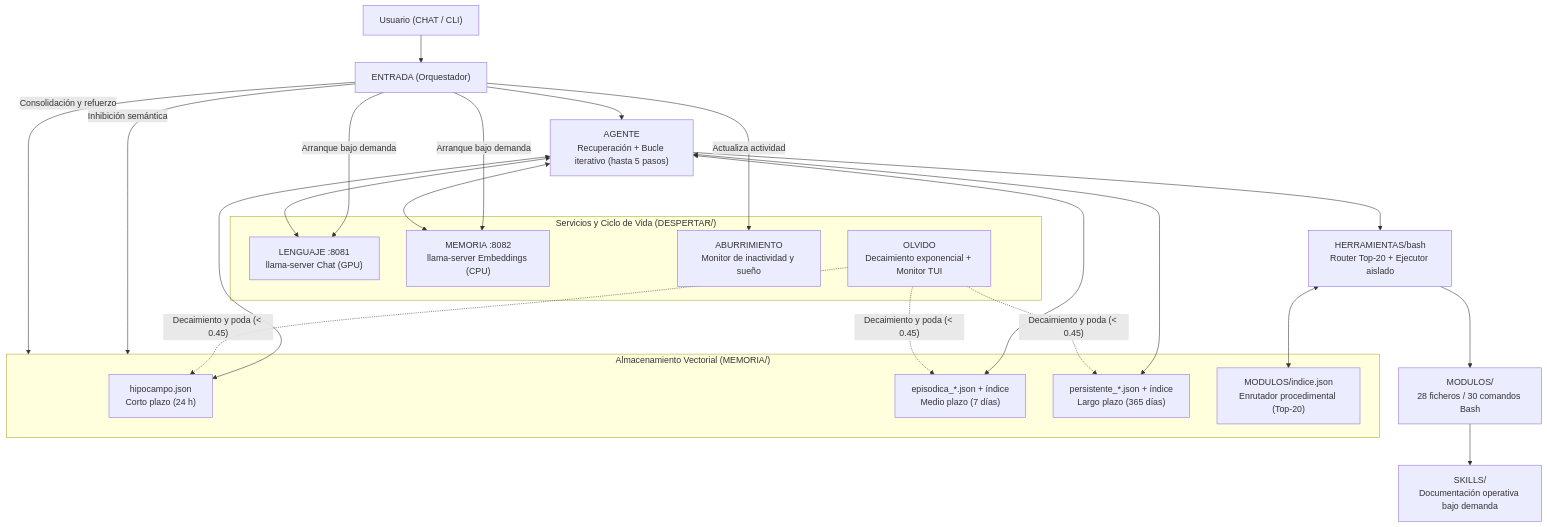
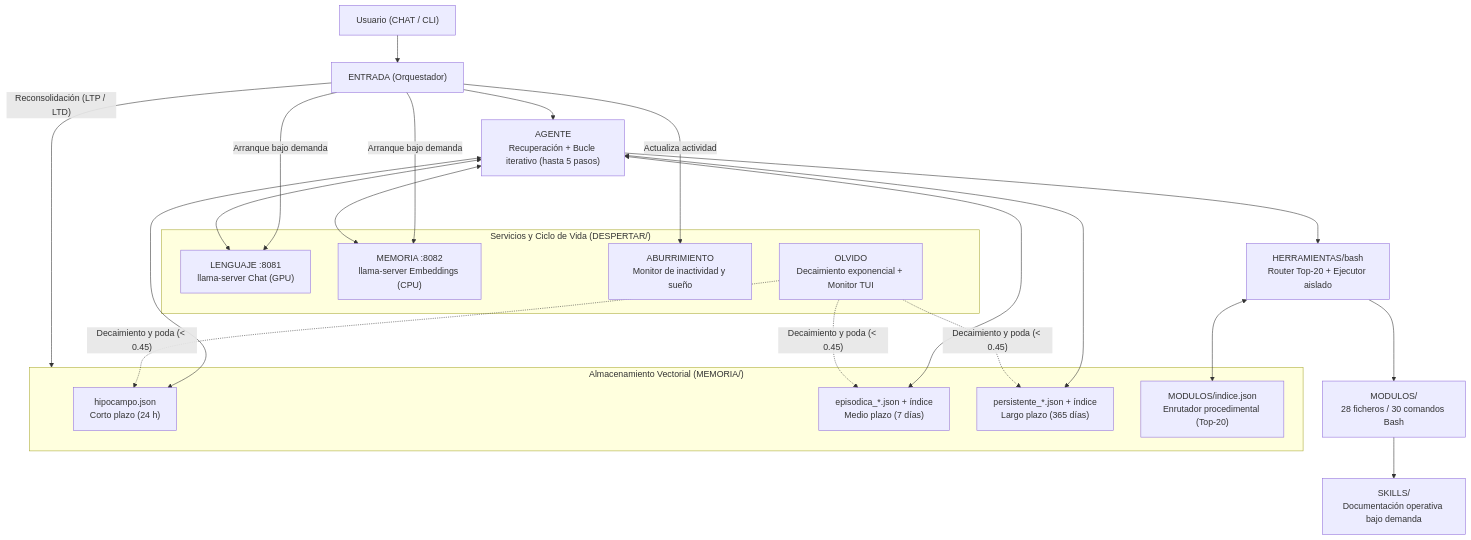
Before and after one commit to wexex/IAUTONOMA: the diagram in README.md, drawn with Mermaid. The commit also changed other lines of this file, not shown here.

Commit message:
Resumen, principios y diagrama Mermaid. Sistema de memoria Tabla de CONFIG y limitaciones

````diff
--- a/README.md
+++ b/README.md
@@ -61,39 +61,38 @@
 ```mermaid
 flowchart TD
     U["Usuario (CHAT / CLI)"] --> E["ENTRADA (Orquestador)"]
 
     subgraph Ciclo["Servicios y Ciclo de Vida (DESPERTAR/)"]
         L["LENGUAJE :8081<br/>llama-server Chat (GPU)"]
         M["MEMORIA :8082<br/>llama-server Embeddings (CPU)"]
         AB["ABURRIMIENTO<br/>Monitor de inactividad y sueño"]
         OL["OLVIDO<br/>Decaimiento exponencial + Monitor TUI"]
     end
 
     E -->|"Arranque bajo demanda"| L
     E -->|"Arranque bajo demanda"| M
     E -->|"Actualiza actividad"| AB
-    E -->|"Inhibición semántica"| MEM
     E --> A["AGENTE<br/>Recuperación + Bucle iterativo (hasta 5 pasos)"]
 
     subgraph MEM["Almacenamiento Vectorial (MEMORIA/)"]
         H["hipocampo.json<br/>Corto plazo (24 h)"]
         EP["episodica_*.json + índice<br/>Medio plazo (7 días)"]
         PE["persistente_*.json + índice<br/>Largo plazo (365 días)"]
         PM["MODULOS/indice.json<br/>Enrutador procedimental (Top-20)"]
     end
 
     A <--> L
     A <--> M
     A <--> H
     A <--> EP
     A <--> PE
     A --> B["HERRAMIENTAS/bash<br/>Router Top-20 + Ejecutor aislado"]
     B <--> PM
     B --> MOD["MODULOS/<br/>28 ficheros / 30 comandos Bash"]
     MOD --> SK["SKILLS/<br/>Documentación operativa bajo demanda"]
 
-    E -->|"Consolidación y refuerzo"| MEM
+    E -->|"Reconsolidación (LTP / LTD)"| MEM
     OL -.->|"Decaimiento y poda (< 0.45)"| H
     OL -.->|"Decaimiento y poda (< 0.45)"| EP
     OL -.->|"Decaimiento y poda (< 0.45)"| PE
 ```
````
